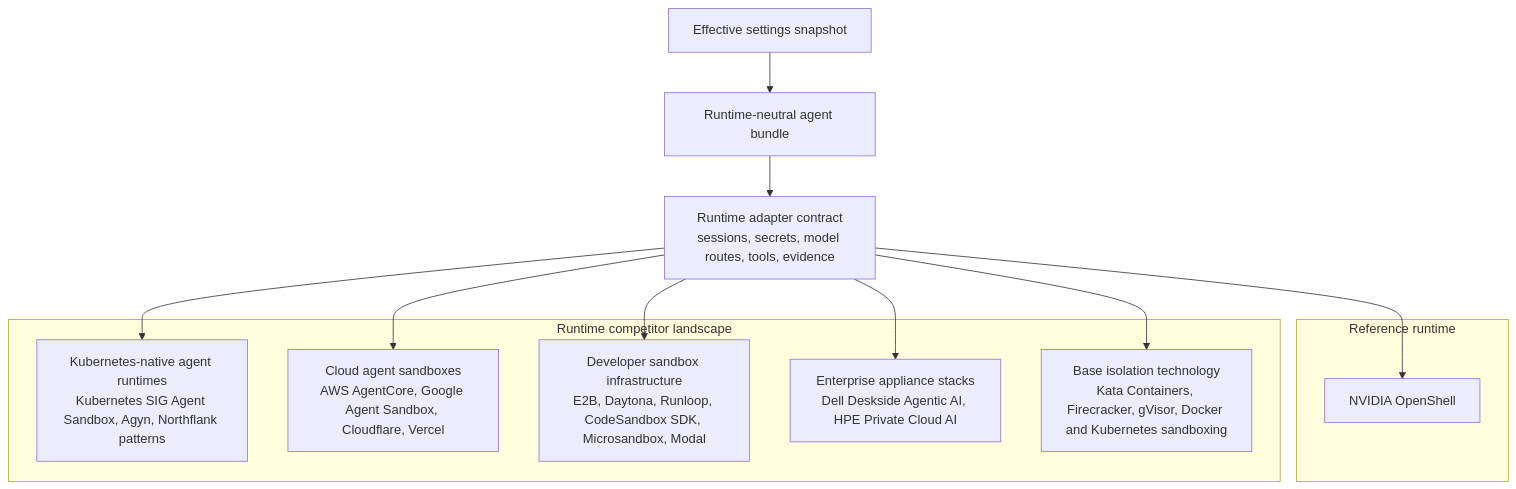
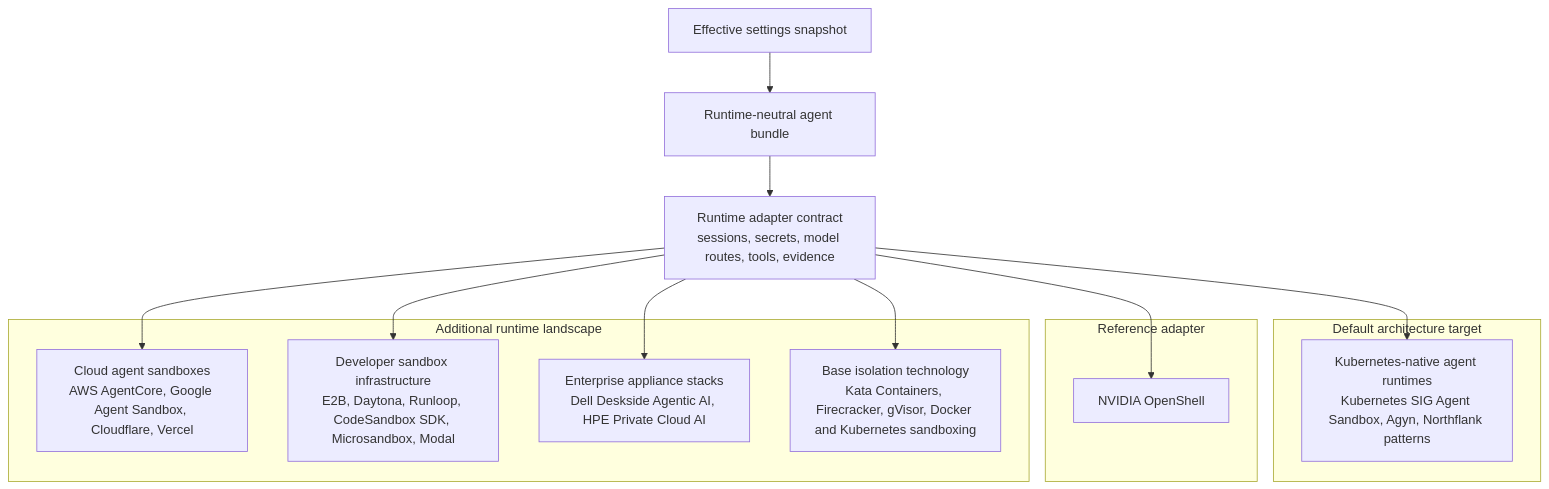
The third of 6 diagrams in README.md (ColtMercer/the-agentic-network-platform), drawn with Mermaid before and after one commit. The commit also changed other lines of this file and 1 other file, not shown here.

Commit message:
Refine runtime default recommendation

````diff
--- a/README.md
+++ b/README.md
@@ -165,27 +167,30 @@
 ```mermaid
 flowchart TB
     snapshot["Effective settings snapshot"]
     bundle["Runtime-neutral agent bundle"]
     contract["Runtime adapter contract<br/>sessions, secrets, model routes, tools, evidence"]
 
-    subgraph reference["Reference runtime"]
+    subgraph defaultArchitecture["Default architecture target"]
+        k8sNative["Kubernetes-native agent runtimes<br/>Kubernetes SIG Agent Sandbox, Agyn, Northflank patterns"]
+    end
+
+    subgraph reference["Reference adapter"]
         openshell["NVIDIA OpenShell"]
     end
 
-    subgraph competitorLandscape["Runtime competitor landscape"]
-        k8sNative["Kubernetes-native agent runtimes<br/>Kubernetes SIG Agent Sandbox, Agyn, Northflank patterns"]
+    subgraph competitorLandscape["Additional runtime landscape"]
         cloudSandboxes["Cloud agent sandboxes<br/>AWS AgentCore, Google Agent Sandbox, Cloudflare, Vercel"]
         devSandboxes["Developer sandbox infrastructure<br/>E2B, Daytona, Runloop, CodeSandbox SDK, Microsandbox, Modal"]
         appliances["Enterprise appliance stacks<br/>Dell Deskside Agentic AI, HPE Private Cloud AI"]
         substrates["Base isolation technology<br/>Kata Containers, Firecracker, gVisor, Docker and Kubernetes sandboxing"]
     end
 
     snapshot --> bundle
     bundle --> contract
+    contract --> k8sNative
     contract --> openshell
-    contract --> k8sNative
     contract --> cloudSandboxes
     contract --> devSandboxes
     contract --> appliances
     contract --> substrates
 ```
````
